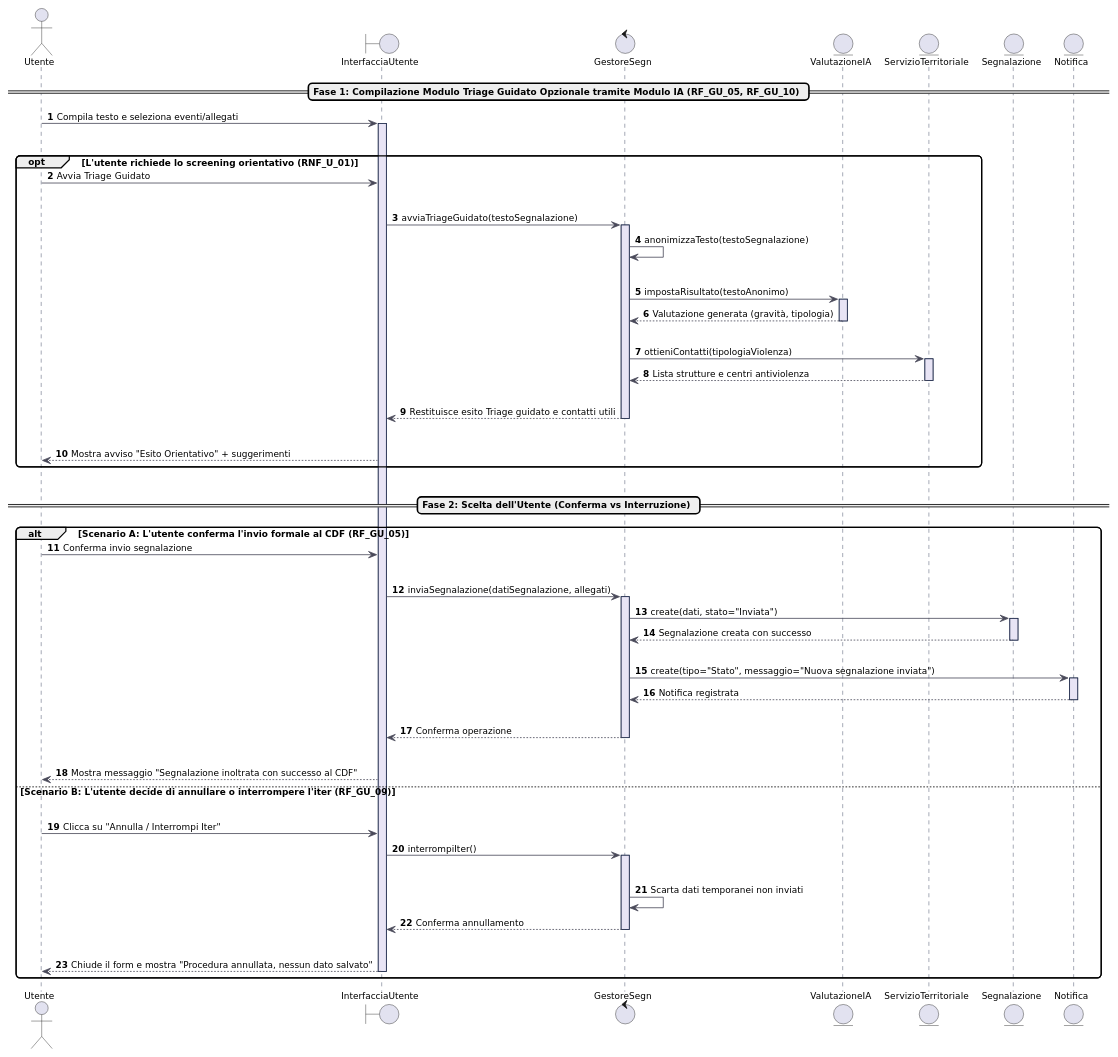
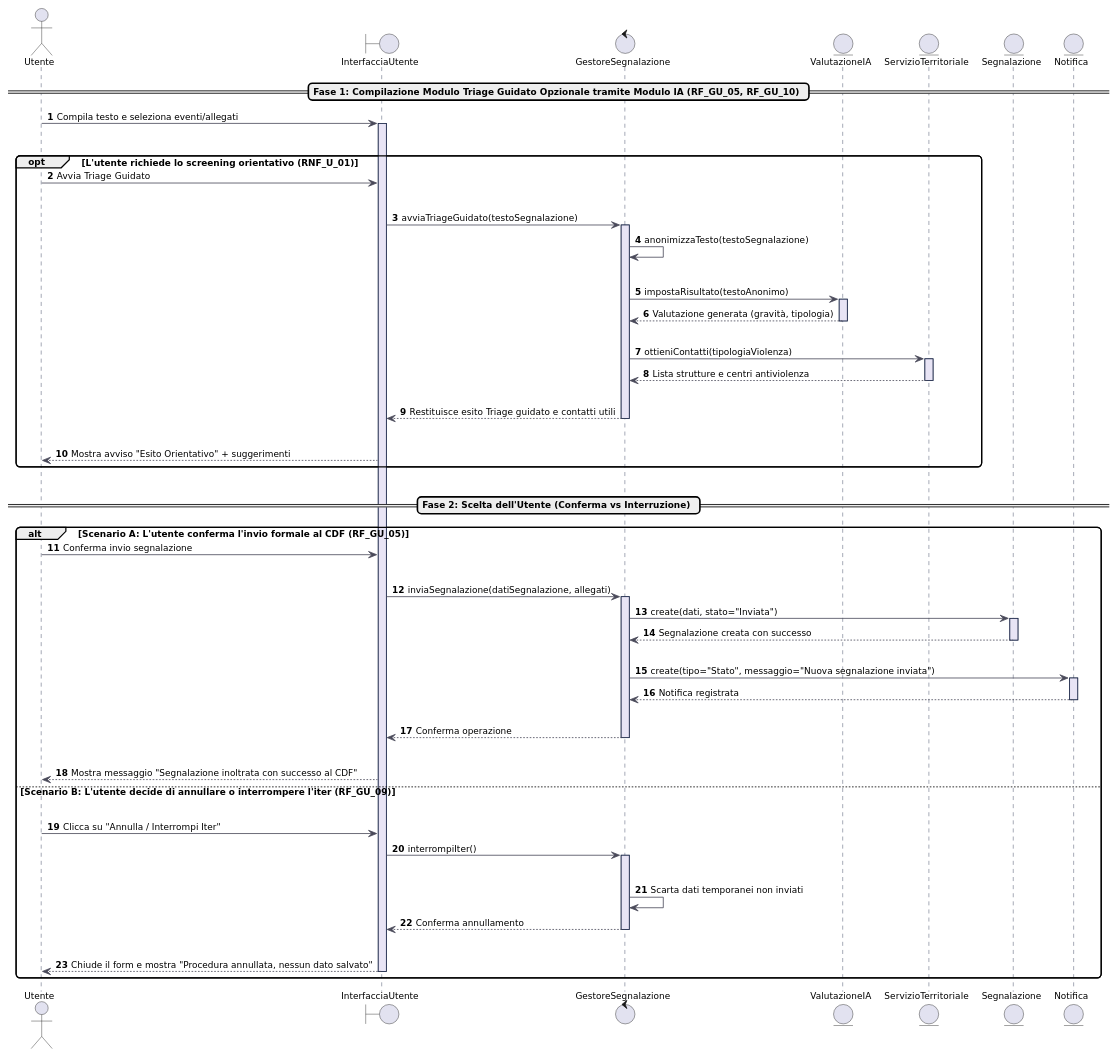
One commit to pharos-oss/pharos changed the diagram in docs/models/sequence/SD_01_Invio_Segnalazione_Utente.puml. Above: the diagram before and after it, drawn with PlantUML. The commit also changed 8 other files, not shown here.

Commit message:
fix: Correzioni dei nomi estesi, aggiustata l'impaginazione della tabella in main.typ e aggiunta dei #pagebreak, riallineati i diagrammi a seguito delle modifiche apportate nei nomi

```diff
--- a/docs/models/sequence/SD_01_Invio_Segnalazione_Utente.puml
+++ b/docs/models/sequence/SD_01_Invio_Segnalazione_Utente.puml
@@ -1,131 +1,131 @@
 @startuml SD_01_InvioSegnalazioneTriage
 skinparam shadowing false
 skinparam defaultFontName "DejaVu Sans"
 skinparam defaultFontSize 11
 skinparam roundcorner 10
 skinparam BoxPadding 10
 
 skinparam sequence {
     ArrowColor #4A4A5A
     LifeLineBorderColor #1E2A4A
     LifeLineBackgroundColor #E8E4F5
     ParticipantBorderColor #1E2A4A
     ParticipantBackgroundColor White
     ParticipantFontColor #1E2A4A
     BoxBackgroundColor #F8F9FA
     BoxBorderColor #D0D0D0
 }
 
 autonumber
 
 actor "Utente" as U
 boundary "InterfacciaUtente" as IU
-control "GestoreSegn" as GS
+control "GestoreSegnalazione" as GS
 entity "ValutazioneIA" as VIA
 entity "ServizioTerritoriale" as ST
 entity "Segnalazione" as S
 entity "Notifica" as N
 
 == Fase 1: Compilazione Modulo Triage Guidato Opzionale tramite Modulo IA (RF_GU_05, RF_GU_10) ==
 
 U -> IU : Compila testo e seleziona eventi/allegati
 activate IU
 
 |||
 
 opt L'utente richiede lo screening orientativo (RNF_U_01)
     U -> IU : Avvia Triage Guidato
     
     |||
     
     IU -> GS : avviaTriageGuidato(testoSegnalazione)
     activate GS
     
     ' Garantisce l'anonimizzazione preventiva e la policy zero-retention (RNF_L_01, RNF_IM_02)
     GS -> GS : anonimizzaTesto(testoSegnalazione)
     
     |||
     
     ' Interrogazione stateless con vincolo temporale <= 5s (RNF_P_01)
     GS -> VIA : impostaRisultato(testoAnonimo)
     activate VIA
     VIA --> GS : Valutazione generata (gravità, tipologia)
     deactivate VIA
     
     ||20||
     
     ' Recupero dei servizi territoriali consigliati in base all'esito (RF_GU_11)
     GS -> ST : ottieniContatti(tipologiaViolenza)
     activate ST
     ST --> GS : Lista strutture e centri antiviolenza
     deactivate ST
     
     ||20||
     
     GS --> IU : Restituisce esito Triage guidato e contatti utili
     deactivate GS
     
     |||
     
     IU --> U : Mostra avviso "Esito Orientativo" + suggerimenti
 end
 
 ||20||
 
 == Fase 2: Scelta dell'Utente (Conferma vs Interruzione) ==
 
 alt Scenario A: L'utente conferma l'invio formale al CDF (RF_GU_05)
 
     U -> IU : Conferma invio segnalazione
     
     |||
     
     IU -> GS : inviaSegnalazione(datiSegnalazione, allegati)
     activate GS
     
     ' Creazione entità Segnalazione
     GS -> S : create(dati, stato="Inviata")
     activate S
     S --> GS : Segnalazione creata con successo
     deactivate S
     
     ||20||
     
     ' Creazione e notifica al CDF (RF_GU_07)
     GS -> N : create(tipo="Stato", messaggio="Nuova segnalazione inviata")
     activate N
     N --> GS : Notifica registrata
     deactivate N
     
     ||20||
     
     GS --> IU : Conferma operazione
     deactivate GS
     
     |||
     
     IU --> U : Mostra messaggio "Segnalazione inoltrata con successo al CDF"
 
 else Scenario B: L'utente decide di annullare o interrompere l'iter (RF_GU_09)
 
     |||
 
     U -> IU : Clicca su "Annulla / Interrompi Iter"
     IU -> GS : interrompiIter()
     activate GS
     
     |||
     
     GS -> GS : Scarta dati temporanei non inviati
     GS --> IU : Conferma annullamento
     deactivate GS
     
     |||
     
     IU --> U : Chiude il form e mostra "Procedura annullata, nessun dato salvato"
 
     deactivate IU
 
 end
 
 @enduml
```
